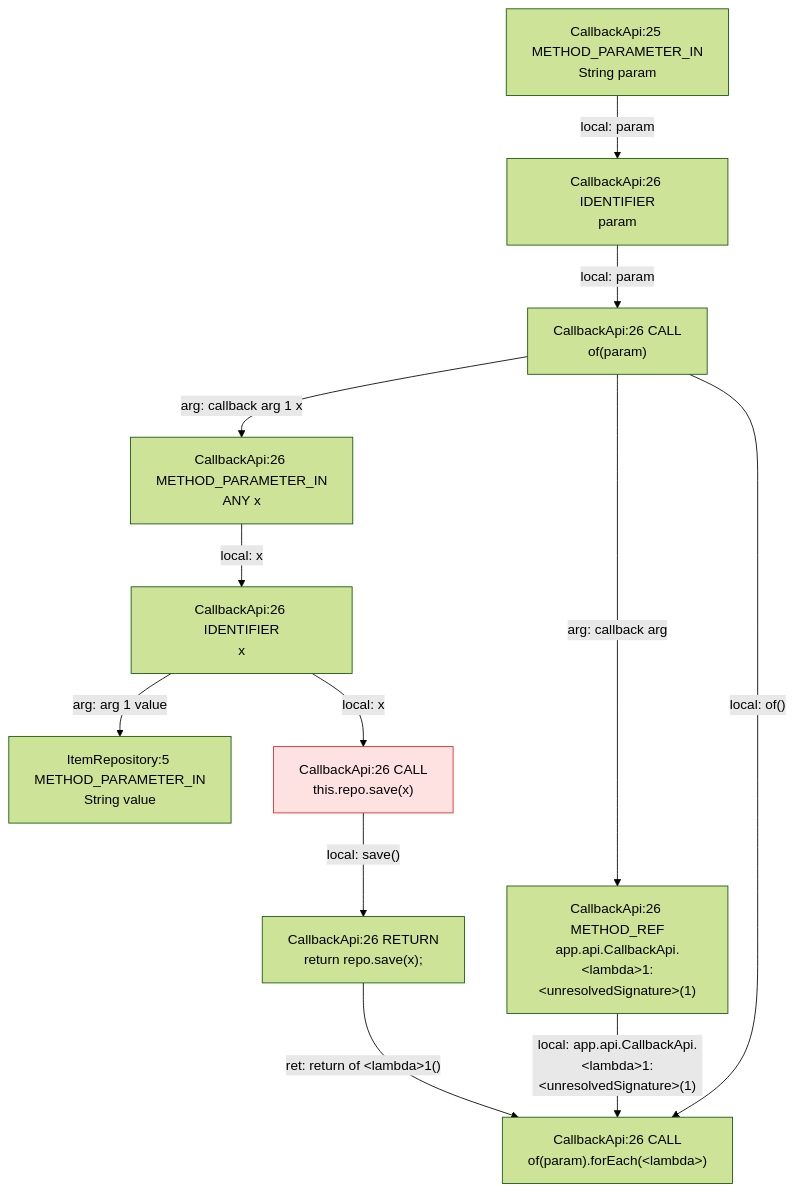
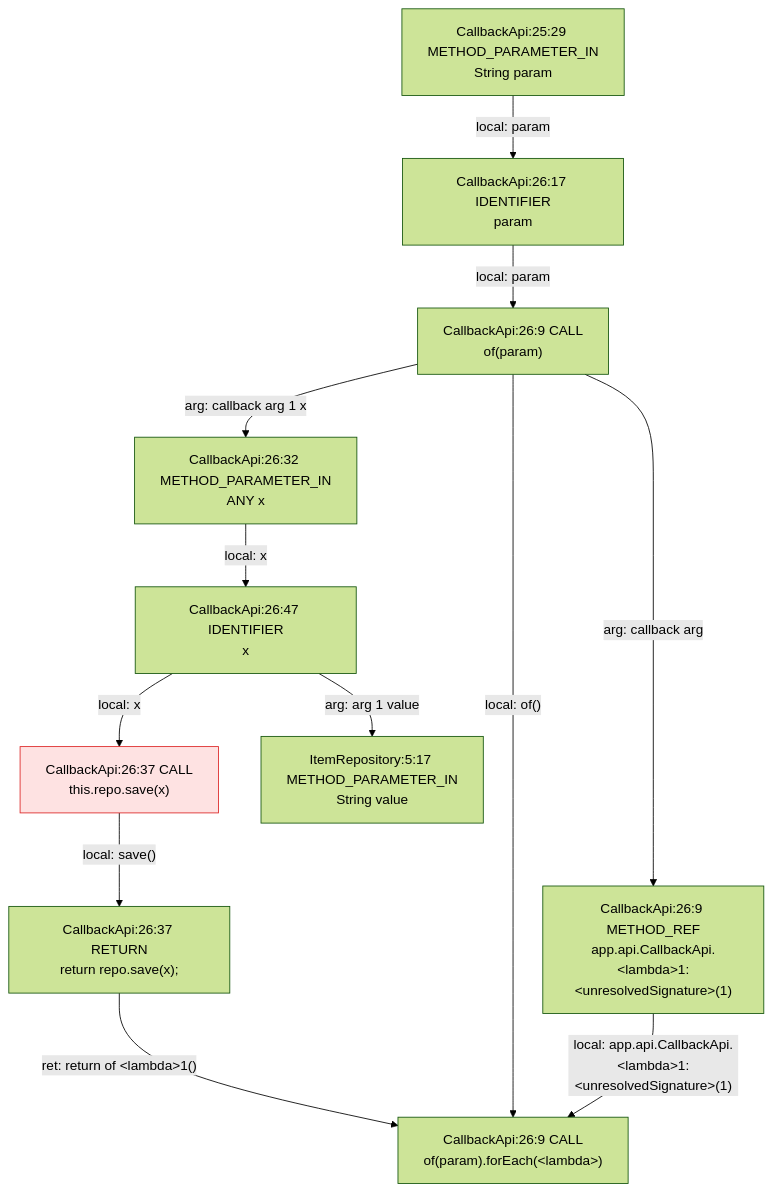
Before and after one commit to gstiebler/codeflow: the second of 6 diagrams in spike/fixtures/callbacks/truth.md, drawn with Mermaid (forest theme). The commit also changed other lines of this file and 154 other files, not shown here.

````diff
--- a/spike/fixtures/callbacks/truth.md
+++ b/spike/fixtures/callbacks/truth.md
@@ -32,25 +32,25 @@
 ```mermaid
 flowchart TD
-  b0["CallbackApi:25 METHOD_PARAMETER_IN<br/>String param"]
-  b1["CallbackApi:26 CALL<br/>of(param)"]
-  b2["CallbackApi:26 CALL<br/>of(param).forEach(#lt;lambda#gt;)"]
-  b3["CallbackApi:26 CALL<br/>this.repo.save(x)"]
+  b0["CallbackApi:25:29 METHOD_PARAMETER_IN<br/>String param"]
+  b1["CallbackApi:26:17 IDENTIFIER<br/>param"]
+  b2["CallbackApi:26:32 METHOD_PARAMETER_IN<br/>ANY x"]
+  b3["CallbackApi:26:37 CALL<br/>this.repo.save(x)"]
   style b3 fill:#fee2e2,stroke:#dc2626
-  b4["CallbackApi:26 IDENTIFIER<br/>param"]
-  b5["CallbackApi:26 IDENTIFIER<br/>x"]
-  b6["CallbackApi:26 METHOD_PARAMETER_IN<br/>ANY x"]
-  b7["CallbackApi:26 METHOD_REF<br/>app.api.CallbackApi.#lt;lambda#gt;1:#lt;unresolvedSignature#gt;(1)"]
-  b8["CallbackApi:26 RETURN<br/>return repo.save(x);"]
-  b9["ItemRepository:5 METHOD_PARAMETER_IN<br/>String value"]
-  b0 -->|"local: param"| b4
-  b1 -->|"arg: callback arg 1 x"| b6
-  b1 -->|"arg: callback arg"| b7
-  b1 -->|"local: of()"| b2
-  b3 -->|"local: save()"| b8
-  b4 -->|"local: param"| b1
+  b4["CallbackApi:26:37 RETURN<br/>return repo.save(x);"]
+  b5["CallbackApi:26:47 IDENTIFIER<br/>x"]
+  b6["CallbackApi:26:9 CALL<br/>of(param)"]
+  b7["CallbackApi:26:9 CALL<br/>of(param).forEach(#lt;lambda#gt;)"]
+  b8["CallbackApi:26:9 METHOD_REF<br/>app.api.CallbackApi.#lt;lambda#gt;1:#lt;unresolvedSignature#gt;(1)"]
+  b9["ItemRepository:5:17 METHOD_PARAMETER_IN<br/>String value"]
+  b0 -->|"local: param"| b1
+  b1 -->|"local: param"| b6
+  b2 -->|"local: x"| b5
+  b3 -->|"local: save()"| b4
+  b4 -->|"ret: return of #lt;lambda#gt;1()"| b7
   b5 -->|"arg: arg 1 value"| b9
   b5 -->|"local: x"| b3
-  b6 -->|"local: x"| b5
-  b7 -->|"local: app.api.CallbackApi.#lt;lambda#gt;1:#lt;unresolvedSignature#gt;(1)"| b2
-  b8 -->|"ret: return of #lt;lambda#gt;1()"| b2
+  b6 -->|"arg: callback arg 1 x"| b2
+  b6 -->|"arg: callback arg"| b8
+  b6 -->|"local: of()"| b7
+  b8 -->|"local: app.api.CallbackApi.#lt;lambda#gt;1:#lt;unresolvedSignature#gt;(1)"| b7
 ```
````
